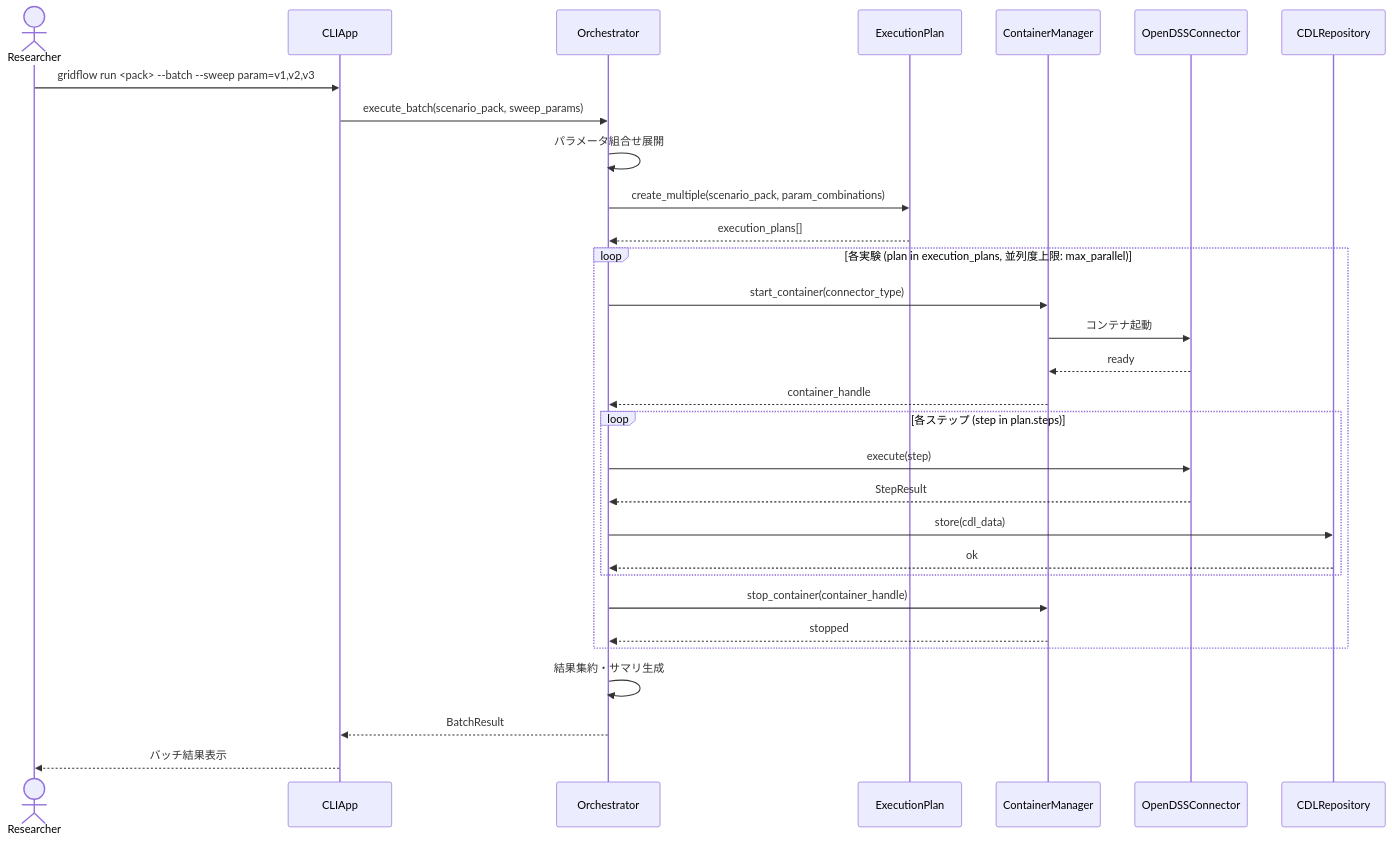
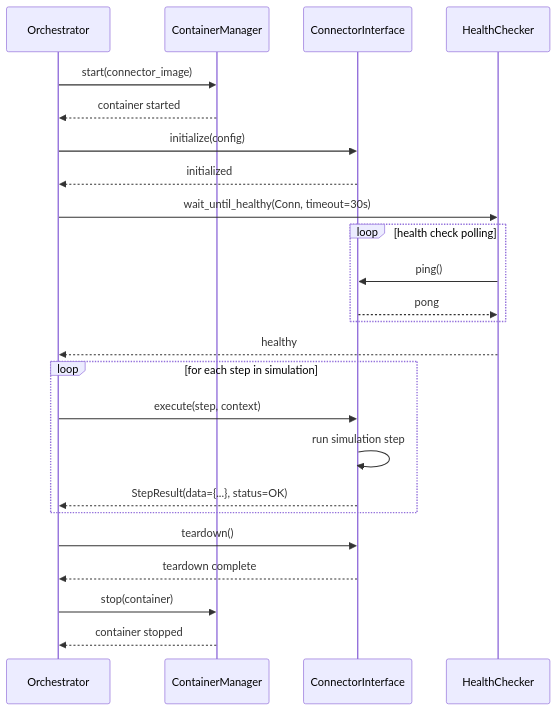
Before and after one commit to bottlenome/gridflow: the seventh of 10 diagrams in docs/detailed_design/04_process_flow.md, drawn with Mermaid. The commit also changed other lines of this file, not shown here.

````diff
--- a/docs/detailed_design/04_process_flow.md
+++ b/docs/detailed_design/04_process_flow.md
@@ -277,38 +342,31 @@
 ```mermaid
 sequenceDiagram
-    actor R as Researcher
-    participant CLI as CLIApp
-    participant ORC as Orchestrator
-    participant EP as ExecutionPlan
+    participant Orch as Orchestrator
     participant CM as ContainerManager
-    participant CON as OpenDSSConnector
-    participant CDL as CDLRepository
+    participant Conn as ConnectorInterface
+    participant HC as HealthChecker
 
-    R->>CLI: gridflow run <pack> --batch --sweep param=v1,v2,v3
-    CLI->>ORC: execute_batch(scenario_pack, sweep_params)
+    Orch->>CM: start(connector_image)
+    CM-->>Orch: container started
 
-    ORC->>ORC: パラメータ組合せ展開
-    ORC->>EP: create_multiple(scenario_pack, param_combinations)
-    EP-->>ORC: execution_plans[]
+    Orch->>Conn: initialize(config)
+    Conn-->>Orch: initialized
 
-    loop 各実験 (plan in execution_plans, 並列度上限: max_parallel)
-        ORC->>CM: start_container(connector_type)
-        CM->>CON: コンテナ起動
-        CON-->>CM: ready
-        CM-->>ORC: container_handle
+    Orch->>HC: wait_until_healthy(Conn, timeout=30s)
+    loop health check polling
+        HC->>Conn: ping()
+        Conn-->>HC: pong
+    end
+    HC-->>Orch: healthy
 
-        loop 各ステップ (step in plan.steps)
-            ORC->>CON: execute(step)
-            CON-->>ORC: StepResult
-            ORC->>CDL: store(cdl_data)
-            CDL-->>ORC: ok
-        end
-
-        ORC->>CM: stop_container(container_handle)
-        CM-->>ORC: stopped
+    loop for each step in simulation
+        Orch->>Conn: execute(step, context)
+        Conn->>Conn: run simulation step
+        Conn-->>Orch: StepResult(data={...}, status=OK)
     end
 
-    ORC->>ORC: 結果集約・サマリ生成
-    ORC-->>CLI: BatchResult
-    CLI-->>R: バッチ結果表示
+    Orch->>Conn: teardown()
+    Conn-->>Orch: teardown complete
+    Orch->>CM: stop(container)
+    CM-->>Orch: container stopped
 ```
````
